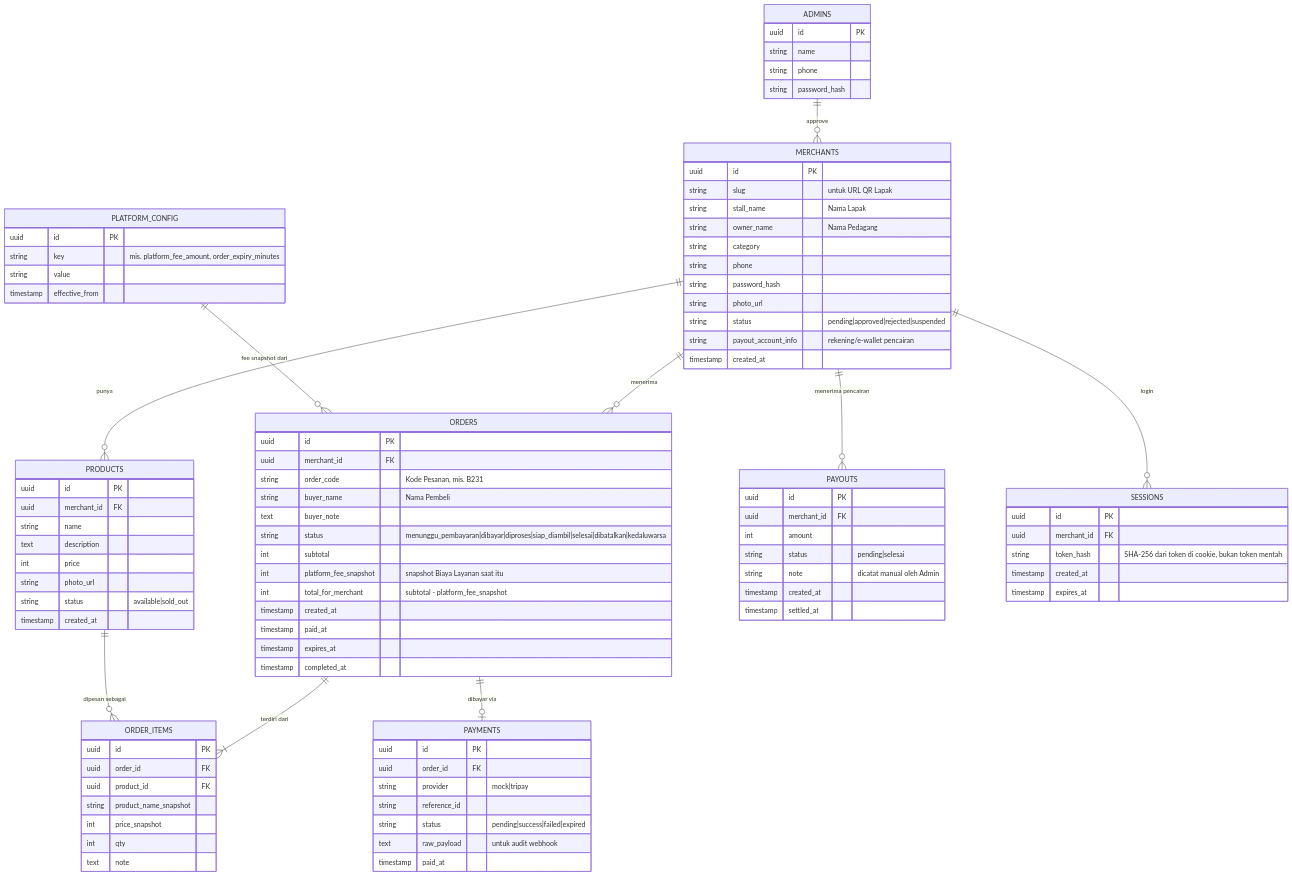
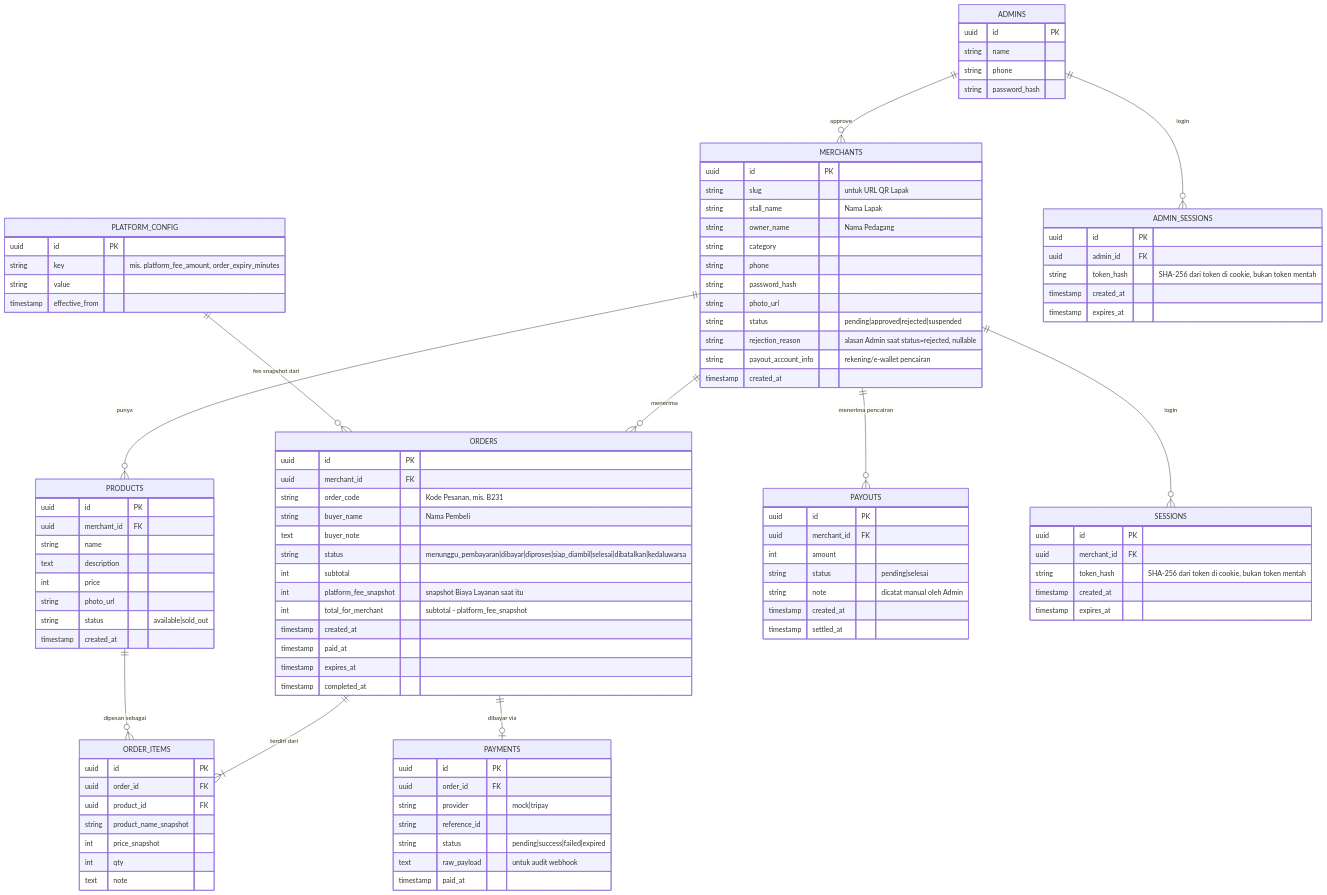
Before and after one commit to WeirdoKitten/My-Gerai: the diagram in docs/DATA-MODEL.md, drawn with Mermaid. The commit also changed other lines of this file and 38 other files, not shown here.

````diff
--- a/docs/DATA-MODEL.md
+++ b/docs/DATA-MODEL.md
@@ -15,6 +15,7 @@
     ORDERS ||--o| PAYMENTS : "dibayar via"
     PLATFORM_CONFIG ||--o{ ORDERS : "fee snapshot dari"
     MERCHANTS ||--o{ SESSIONS : "login"
+    ADMINS ||--o{ ADMIN_SESSIONS : "login"
 
     MERCHANTS {
         uuid id PK
@@ -26,6 +27,7 @@
         string password_hash
         string photo_url
         string status "pending|approved|rejected|suspended"
+        string rejection_reason "alasan Admin saat status=rejected, nullable"
         string payout_account_info "rekening/e-wallet pencairan"
         timestamp created_at
     }
@@ -108,4 +110,12 @@
         timestamp created_at
         timestamp expires_at
     }
+
+    ADMIN_SESSIONS {
+        uuid id PK
+        uuid admin_id FK
+        string token_hash "SHA-256 dari token di cookie, bukan token mentah"
+        timestamp created_at
+        timestamp expires_at
+    }
 ```
````
